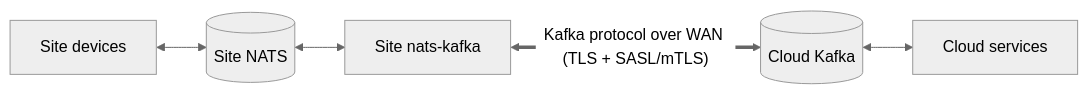
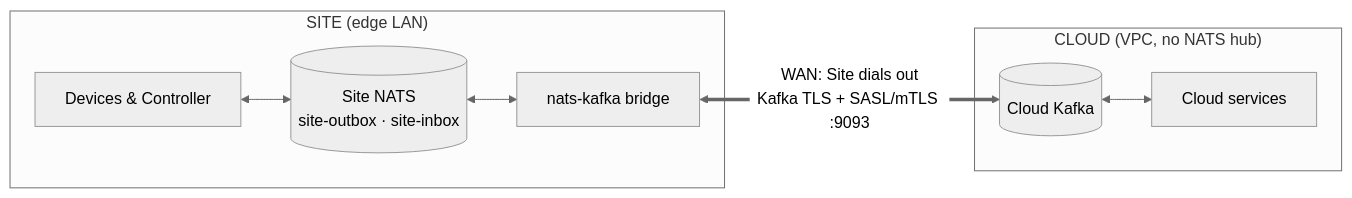
One commit to jinternals/nats-demo changed the second of 3 diagrams in docs/adr/0003-direct-site-to-kafka-vs-cloud-hub.md. Above: the diagram before and after it, drawn with Mermaid (neutral theme). The commit also changed other lines of this file and 10 other files, not shown here.

Commit message:
Add Pattern C (Cloud Bridge -> Site NATS) and unify all Site/WAN/Cloud diagrams

````diff
--- a/docs/adr/0003-direct-site-to-kafka-vs-cloud-hub.md
+++ b/docs/adr/0003-direct-site-to-kafka-vs-cloud-hub.md
@@ -34,5 +37,10 @@
 ```mermaid
 flowchart LR
-  dev["Site devices"] <--> sn[("Site NATS")] <--> br["Site nats-kafka"]
-  br <== "Kafka protocol over WAN (TLS + SASL/mTLS)" ==> kf[("Cloud Kafka")] <--> svc["Cloud services"]
+  subgraph siteB["SITE (edge LAN)"]
+    dB["Devices &amp; Controller"] <--> sB[("Site NATS<br/>site-outbox · site-inbox")] <--> bB["nats-kafka bridge"]
+  end
+  subgraph cloudB["CLOUD (VPC, no NATS hub)"]
+    kB[("Cloud Kafka")] <--> svcB["Cloud services"]
+  end
+  bB <== "WAN: Site dials out<br/>Kafka TLS + SASL/mTLS :9093" ==> kB
 ```
````
